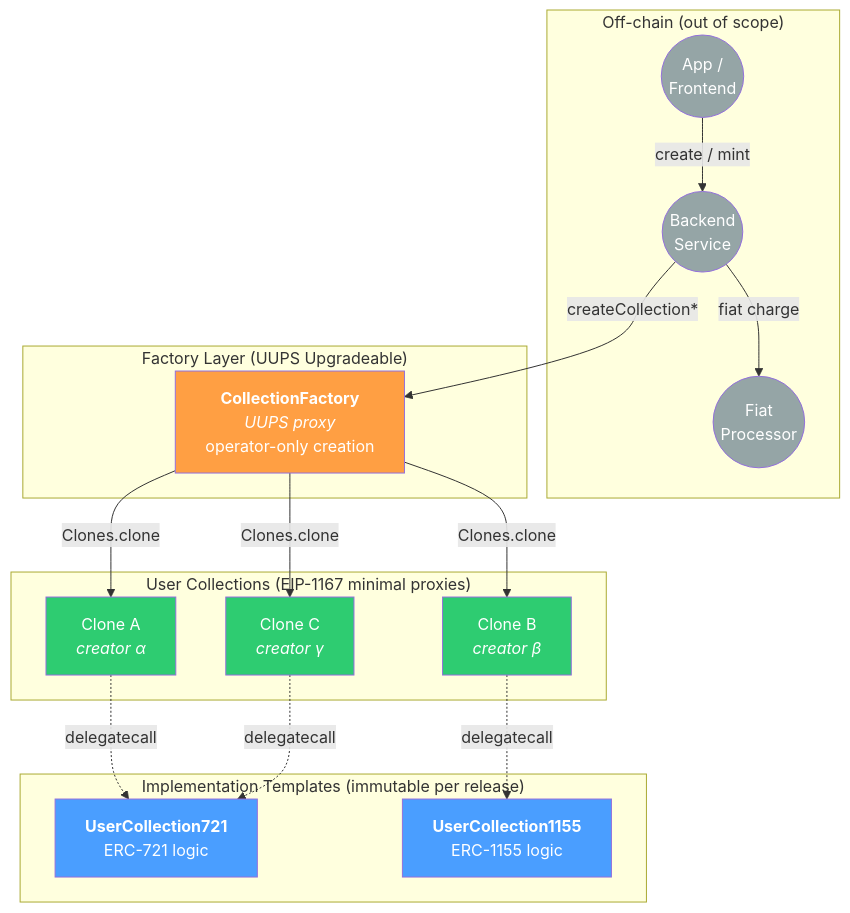
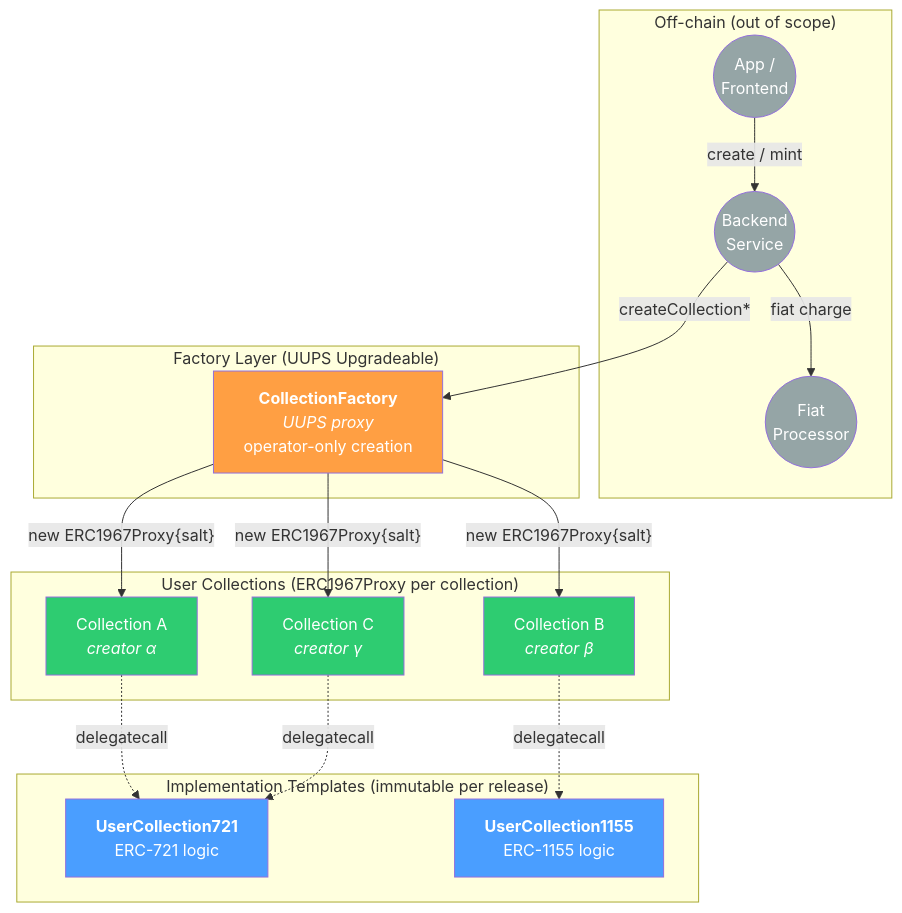
Before and after one commit to NodleCode/rollup: the first of 6 diagrams in src/collections/doc/spec/user-collections-specification.md, drawn with Mermaid. The commit also changed other lines of this file, not shown here.

First line of the commit message:
docs(collections): refit spec for ERC1967Proxy per-collection deploy

````diff
--- a/src/collections/doc/spec/user-collections-specification.md
+++ b/src/collections/doc/spec/user-collections-specification.md
@@ -53,43 +53,43 @@
 ```mermaid
 graph TB
     subgraph Off-chain["Off-chain (out of scope)"]
         APP(("App /<br/>Frontend"))
         BE(("Backend<br/>Service"))
         PAY(("Fiat<br/>Processor"))
     end
 
     subgraph Factory_Layer["Factory Layer (UUPS Upgradeable)"]
         FAC["<b>CollectionFactory</b><br/><i>UUPS proxy</i><br/>operator-only creation"]
     end
 
     subgraph Impl["Implementation Templates (immutable per release)"]
         I721["<b>UserCollection721</b><br/>ERC-721 logic"]
         I1155["<b>UserCollection1155</b><br/>ERC-1155 logic"]
     end
 
-    subgraph Clones["User Collections (EIP-1167 minimal proxies)"]
-        C1["Clone A<br/><i>creator α</i>"]
-        C2["Clone B<br/><i>creator β</i>"]
-        C3["Clone C<br/><i>creator γ</i>"]
+    subgraph Collections["User Collections (ERC1967Proxy per collection)"]
+        C1["Collection A<br/><i>creator α</i>"]
+        C2["Collection B<br/><i>creator β</i>"]
+        C3["Collection C<br/><i>creator γ</i>"]
     end
 
     APP -- "create / mint" --> BE
     BE -- "fiat charge" --> PAY
     BE -- "createCollection*" --> FAC
-    FAC -- "Clones.clone" --> C1
-    FAC -- "Clones.clone" --> C2
-    FAC -- "Clones.clone" --> C3
+    FAC -- "new ERC1967Proxy{salt}" --> C1
+    FAC -- "new ERC1967Proxy{salt}" --> C2
+    FAC -- "new ERC1967Proxy{salt}" --> C3
     C1 -. "delegatecall" .-> I721
     C2 -. "delegatecall" .-> I1155
     C3 -. "delegatecall" .-> I721
 
     style FAC fill:#ff9f43,color:#fff
     style I721 fill:#4a9eff,color:#fff
     style I1155 fill:#4a9eff,color:#fff
     style C1 fill:#2ecc71,color:#fff
     style C2 fill:#2ecc71,color:#fff
     style C3 fill:#2ecc71,color:#fff
     style APP fill:#95a5a6,color:#fff
     style BE fill:#95a5a6,color:#fff
     style PAY fill:#95a5a6,color:#fff
 ```
````
